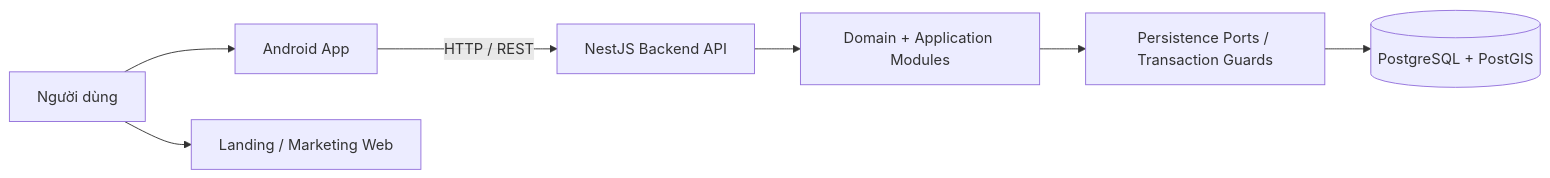
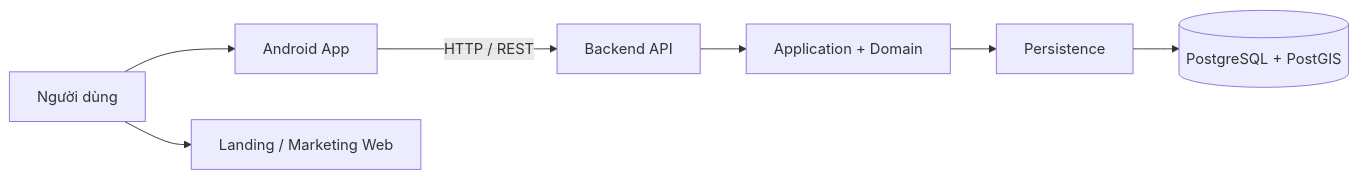
The first of 5 diagrams in docs/contexts/system-map.md (Danh20100/moibile_app), drawn with Mermaid before and after one commit. The commit also changed other lines of this file and 9 other files, not shown here.

````diff
--- a/docs/contexts/system-map.md
+++ b/docs/contexts/system-map.md
@@ -7,17 +7,9 @@
 ```mermaid
 flowchart LR
-    USER[Người dùng]
-    APP[Android App]
-    WEB[Landing / Marketing Web]
-    API[NestJS Backend API]
-    DOMAIN[Domain + Application Modules]
-    PORT[Persistence Ports / Transaction Guards]
-    PG[(PostgreSQL + PostGIS)]
-
-    USER --> APP
-    USER --> WEB
-    APP -->|HTTP / REST| API
-    API --> DOMAIN
-    DOMAIN --> PORT
-    PORT --> PG
+    USER["Người dùng"] --> APP["Android App"]
+    USER --> WEB["Landing / Marketing Web"]
+    APP -->|"HTTP / REST"| API["Backend API"]
+    API --> DOMAIN["Application + Domain"]
+    DOMAIN --> PORT["Persistence"]
+    PORT --> PG[("PostgreSQL + PostGIS")]
 ```
````
